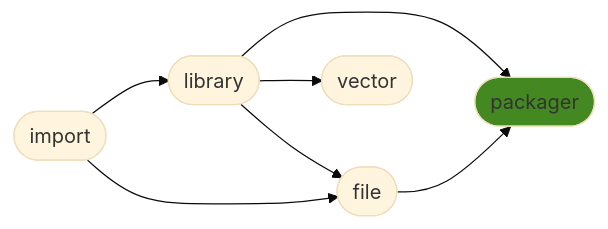
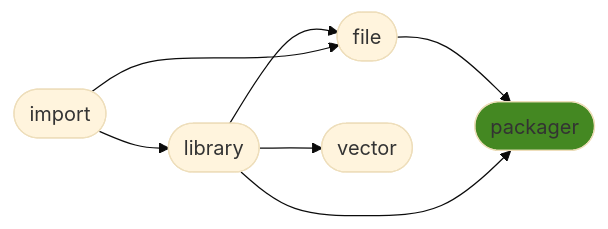
Before and after one commit to ManderaGeneral/generalpackager: the diagram in README.md, drawn with Mermaid (base theme). The commit also changed other lines of this file and 8 other files, not shown here.

````diff
--- a/README.md
+++ b/README.md
@@ -6,15 +24,15 @@
 ```mermaid
 flowchart LR
+1([library]) --> 3([vector])
+1([library]) --> 2([file])
+2([file]) --> 4([packager])
+0([import]) --> 2([file])
+0([import]) --> 1([library])
 1([library]) --> 4([packager])
-0([import]) --> 1([library])
-1([library]) --> 3([vector])
-2([file]) --> 4([packager])
-1([library]) --> 2([file])
-0([import]) --> 2([file])
 click 0 "https://github.com/ManderaGeneral/generalimport"
 click 1 "https://github.com/ManderaGeneral/generallibrary"
 click 2 "https://github.com/ManderaGeneral/generalfile"
 click 3 "https://github.com/ManderaGeneral/generalvector"
 click 4 "https://github.com/ManderaGeneral/generalpackager"
 style 4 fill:#482
 ```
````
